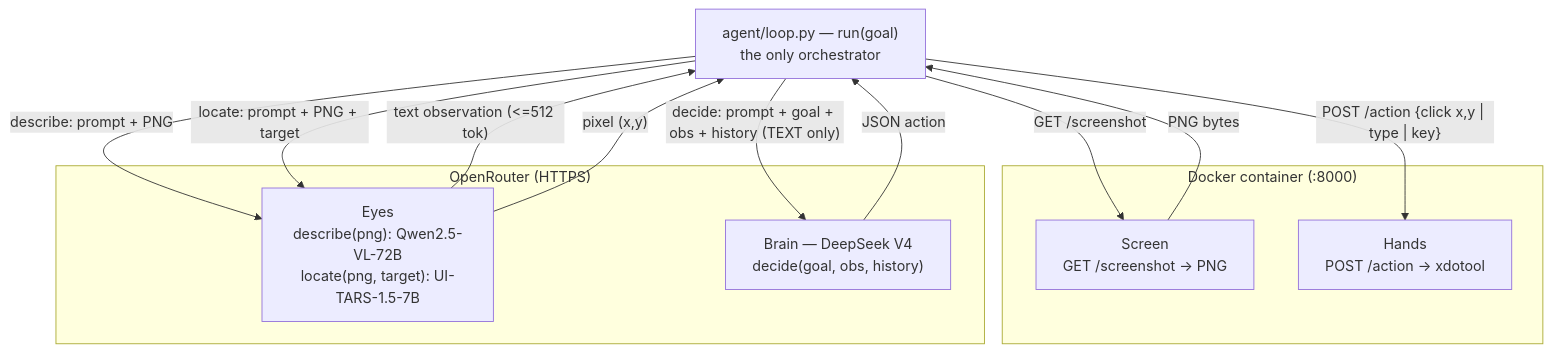
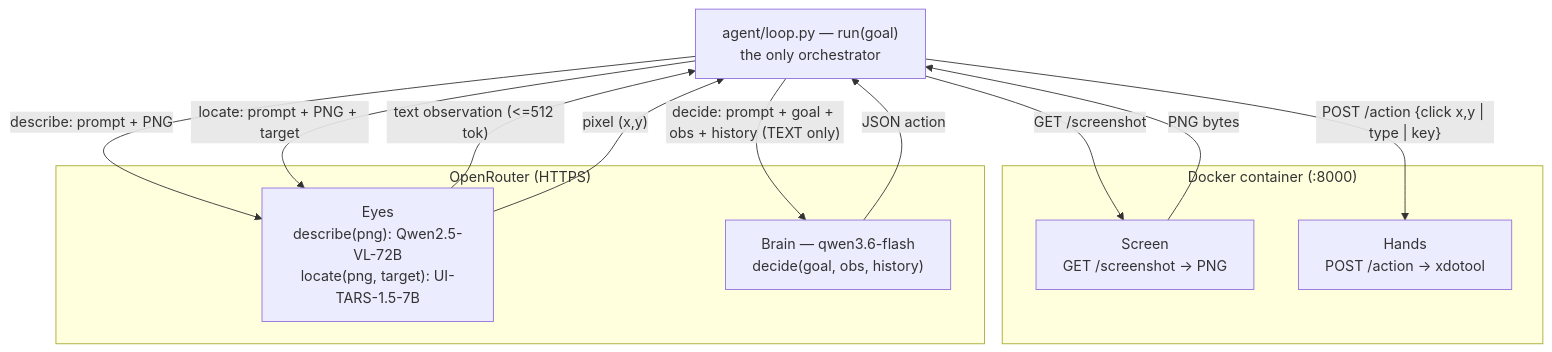
One commit to alvseek/BRYES changed the first of 3 diagrams in docs/agent-loop-flow.md. Above: the diagram before and after it, drawn with Mermaid. The commit also changed other lines of this file and 3 other files, not shown here.

````diff
--- a/docs/agent-loop-flow.md
+++ b/docs/agent-loop-flow.md
@@ -39,24 +39,24 @@
 ```mermaid
 graph TD
     Loop["agent/loop.py — run(goal)<br/>the only orchestrator"]
 
     subgraph container["Docker container (:8000)"]
         Screen["Screen<br/>GET /screenshot -> PNG"]
         Hands["Hands<br/>POST /action -> xdotool"]
     end
 
     subgraph openrouter["OpenRouter (HTTPS)"]
         Eyes["Eyes<br/>describe(png): Qwen2.5-VL-72B<br/>locate(png, target): UI-TARS-1.5-7B"]
-        Brain["Brain — DeepSeek V4<br/>decide(goal, obs, history)"]
+        Brain["Brain — qwen3.6-flash<br/>decide(goal, obs, history)"]
     end
 
     Loop -->|"GET /screenshot"| Screen
     Screen -->|"PNG bytes"| Loop
     Loop -->|"describe: prompt + PNG"| Eyes
     Eyes -->|"text observation (<=512 tok)"| Loop
     Loop -->|"decide: prompt + goal + obs + history (TEXT only)"| Brain
     Brain -->|"JSON action"| Loop
     Loop -->|"locate: prompt + PNG + target"| Eyes
     Eyes -->|"pixel (x,y)"| Loop
     Loop -->|"POST /action {click x,y | type | key}"| Hands
 ```
````
